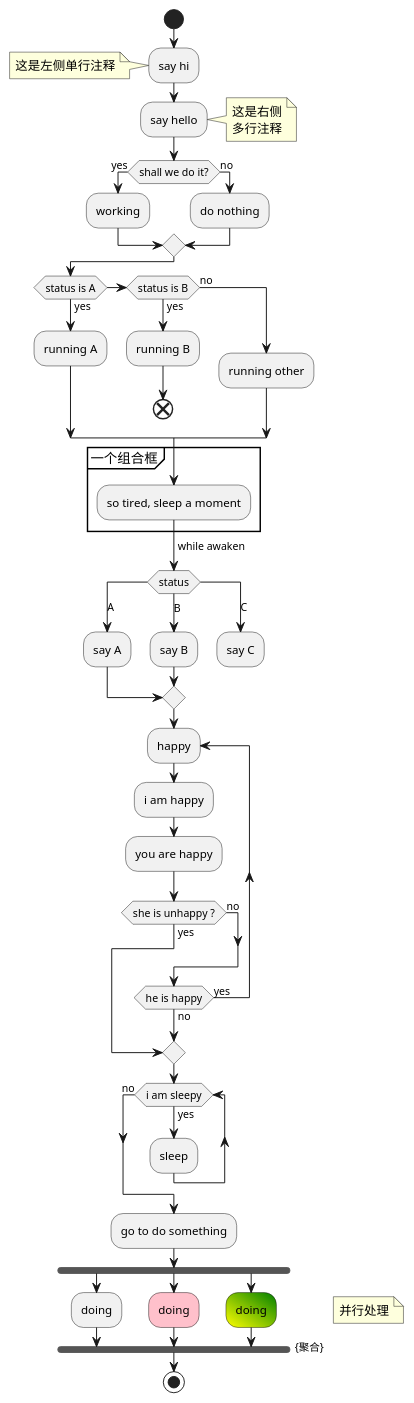
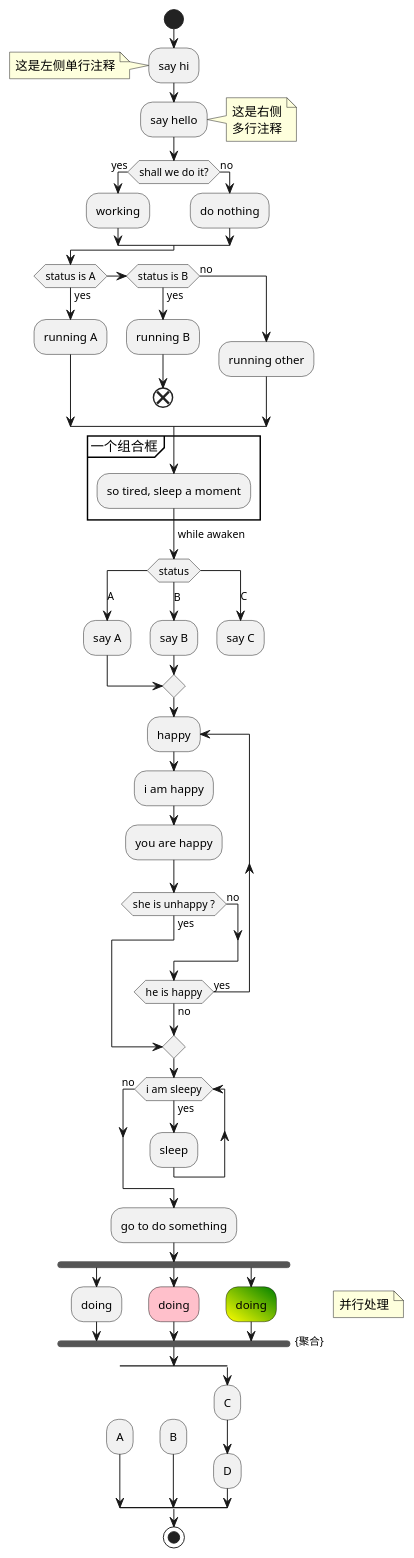
One commit to jinty95/DailyPractice changed the diagram in src/main/resources/puml/activity_diagram.puml. Above: the diagram before and after it, drawn with PlantUML. The commit also changed 4 other files, not shown here.

Commit message:
UML：泳道图、状态图

```diff
--- a/src/main/resources/puml/activity_diagram.puml
+++ b/src/main/resources/puml/activity_diagram.puml
@@ -1,80 +1,97 @@
 @startuml
+
+'活动图：就是平常说的流程图，用于描述系统的活动
 
 '起点
 start
+'设置条件语句的结束样式
+skinparam ConditionEndStyle hline
 
 '活动标签(activity label)以冒号开始，以分号结束
 '默认按定义顺序自动连接
 :say hi;
 '给活动标签添加注释
 note left: 这是左侧单行注释
 :say hello;
 note right
     这是右侧
     多行注释
 end note
 
 '条件判断
 if (shall we do it?) then (yes)
     :working;
 else (no)
     :do nothing;
 endif
 
 '多条件判断(if-elseif)
 if (status is A) then (yes)
     :running A;
 elseif (status is B) then (yes)
     :running B;
     end
 else (no)
     :running other;
 endif
 
 '组合框
 group 一个组合框
 :so tired, sleep a moment;
 '给箭头加文字
 -> while awaken;
 endgroup
 
 '多条件判断(switch)
 switch (status)
 case (A)
     :say A;
 case (B)
     :say B;
 case (C)
     :say C;
     kill
 endswitch
 
 '循环
 repeat :happy;
     :i am happy;
     :you are happy;
     if (she is unhappy ?) then (yes)
         break
     else (no)
     endif
 repeat while (he is happy) is (yes) not (no)
 
 while (i am sleepy) is (yes)
     :sleep;
 endwhile (no)
     :go to do something;
 
 '并行处理
 fork
     :doing;
 fork again
     #pink:doing;
 fork again
     #yellow\green:doing;
 end fork {聚合}
 note right: 并行处理
 
+'分割
+split
+    '隐藏输入连接线
+    -[hidden]->
+    :A;
+split again
+    -[hidden]->
+    :B;
+split again
+    :C;
+    :D;
+end split
+
 '终点
 stop
 
 @enduml
```
